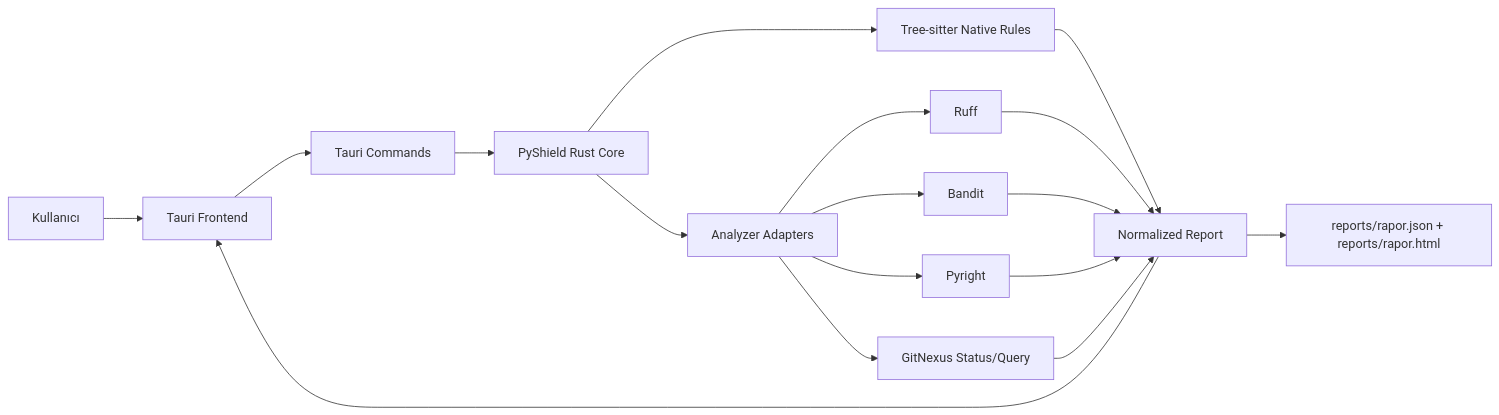
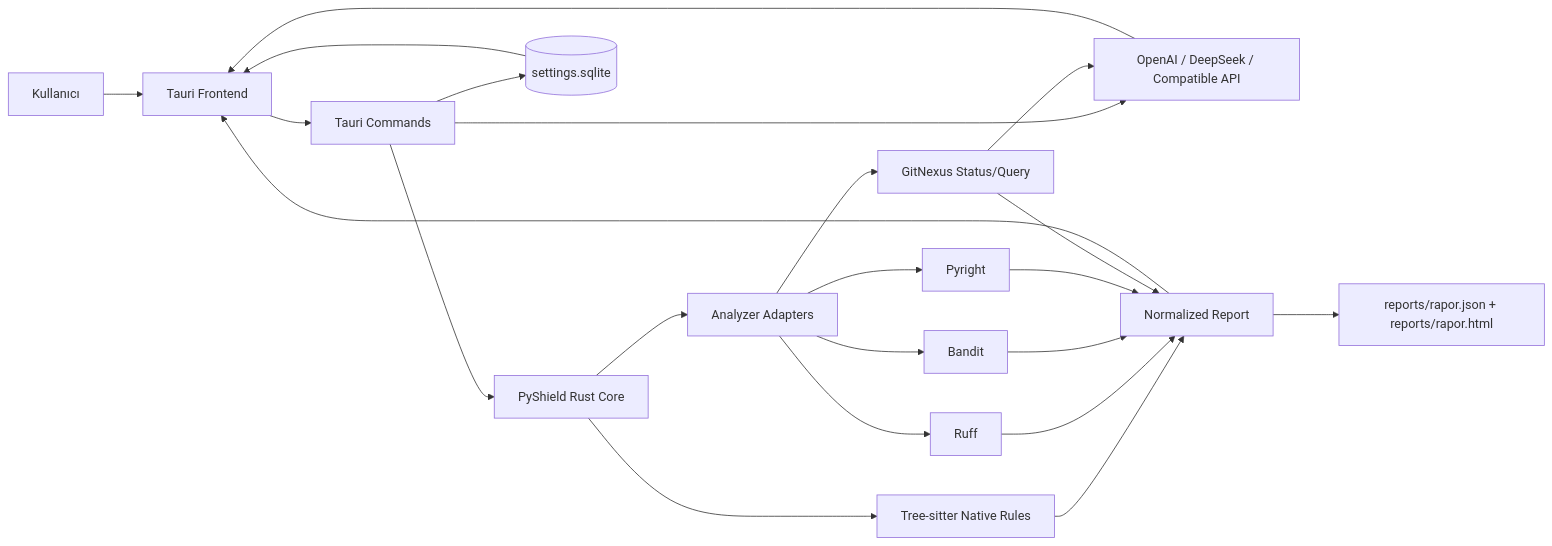
Before and after one commit to burakbagirici/PyShield: the first of 3 diagrams in README.md, drawn with Mermaid. The commit also changed other lines of this file and 7 other files, not shown here.

````diff
--- a/README.md
+++ b/README.md
@@ -13,19 +14,24 @@
 ```mermaid
 flowchart LR
   User[Kullanıcı] --> UI[Tauri Frontend]
   UI --> Cmd[Tauri Commands]
   Cmd --> Core[PyShield Rust Core]
+  Cmd --> Settings[(settings.sqlite)]
+  Cmd --> AI[OpenAI / DeepSeek / Compatible API]
   Core --> Native[Tree-sitter Native Rules]
   Core --> Adapters[Analyzer Adapters]
   Adapters --> Ruff[Ruff]
   Adapters --> Bandit[Bandit]
   Adapters --> Pyright[Pyright]
   Adapters --> GitNexus[GitNexus Status/Query]
   Native --> Report[Normalized Report]
   Ruff --> Report
   Bandit --> Report
   Pyright --> Report
   GitNexus --> Report
   Report --> UI
+  Settings --> UI
+  GitNexus --> AI
+  AI --> UI
   Report --> Files[reports/rapor.json + reports/rapor.html]
 ```
````
